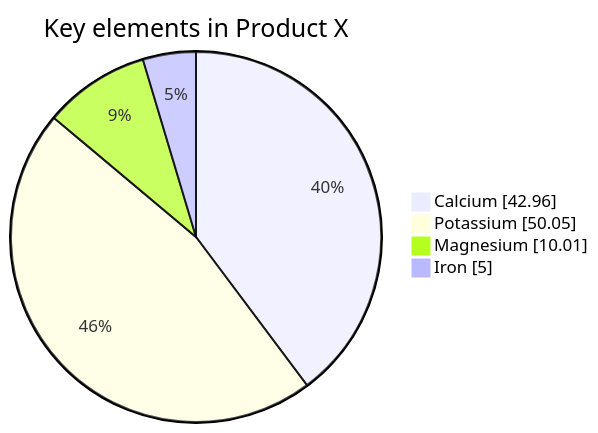
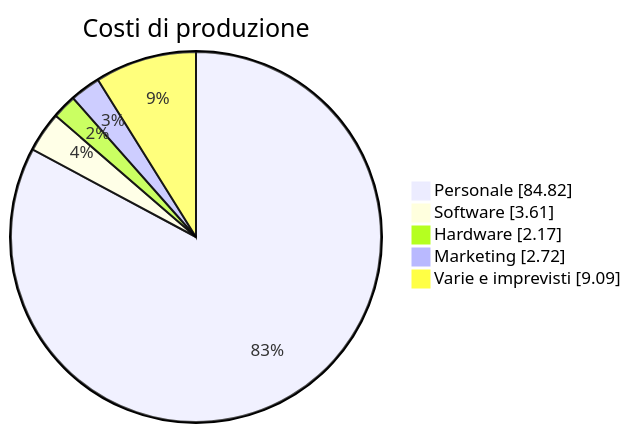
The first of 2 diagrams in report/scoping/Feasibility-studies.md (JBmanu/AthenaPlay-PM), drawn with Mermaid before and after one commit. The commit also changed other lines of this file and 3 other files, not shown here.

````diff
--- a/report/scoping/Feasibility-studies.md
+++ b/report/scoping/Feasibility-studies.md
@@ -38,15 +38,16 @@
 ```mermaid
 ---
 config:
 pie:
 textPosition: 0.5
 themeVariables:
 pieOuterStrokeWidth: "5px"
 ---
 pie showData
-title Key elements in Product X
-"Calcium" : 42.96
-"Potassium" : 50.05
-"Magnesium" : 10.01
-"Iron" :  5
+    title Costi di produzione
+    "Personale": 84.82
+    "Software": 3.61
+    "Hardware": 2.17
+    "Marketing": 2.72
+    "Varie e imprevisti": 9.09
 ```
````
